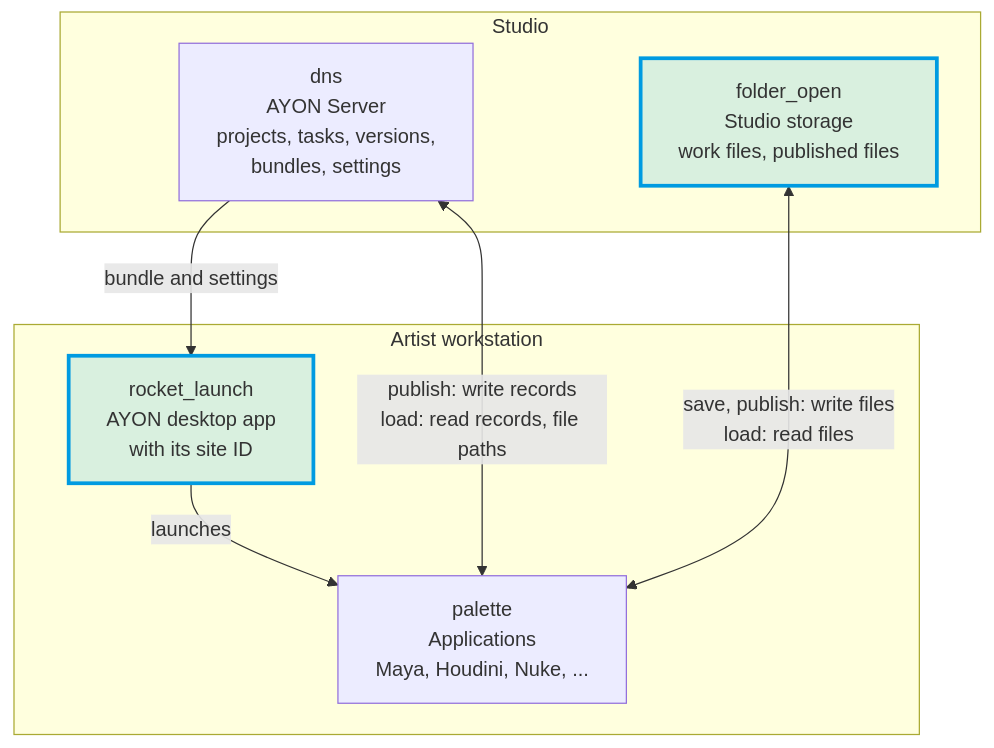
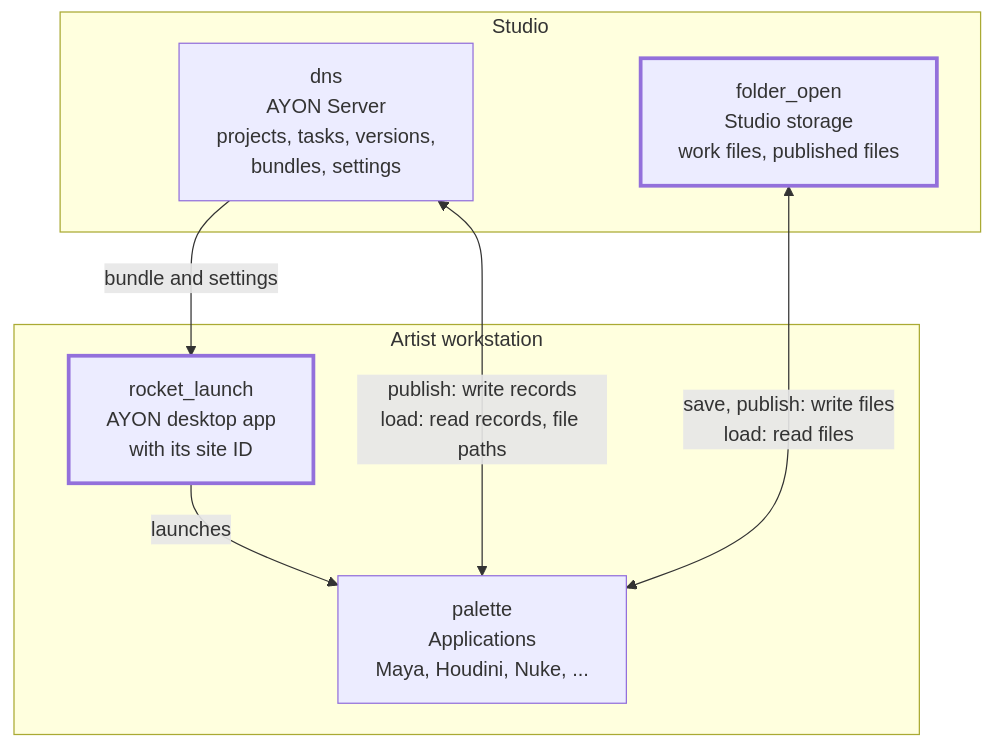
The diagram in website/docs/ayon/workstation-setup.md (ynput/ayon-documentation), drawn with Mermaid before and after one commit. The commit also changed 11 other files, not shown here.

````diff
--- a/website/docs/ayon/workstation-setup.md
+++ b/website/docs/ayon/workstation-setup.md
@@ -24,17 +24,17 @@
 ```mermaid
 flowchart TB
   subgraph STUDIO["Studio"]
     S["<span class='material-symbols-outlined'>dns</span><br/>AYON Server<br/>projects, tasks, versions,<br/>bundles, settings"]
     P["<span class='material-symbols-outlined'>folder_open</span><br/>Studio storage<br/>work files, published files"]
   end
   subgraph WS["Artist workstation"]
     L["<span class='material-symbols-outlined'>rocket_launch</span><br/>AYON desktop app<br/>with its site ID"]
     A["<span class='material-symbols-outlined'>palette</span><br/>Applications<br/>Maya, Houdini, Nuke, ..."]
   end
   S -->|"bundle and settings"| L
   L -->|launches| A
   S <-->|"publish: write records<br/>load: read records, file paths"| A
   P <-->|"save, publish: write files<br/>load: read files"| A
-  classDef main stroke:#009be1,stroke-width:3px,fill:#009be126
+  classDef main stroke-width:3px
   class L,P main
 ```
````
